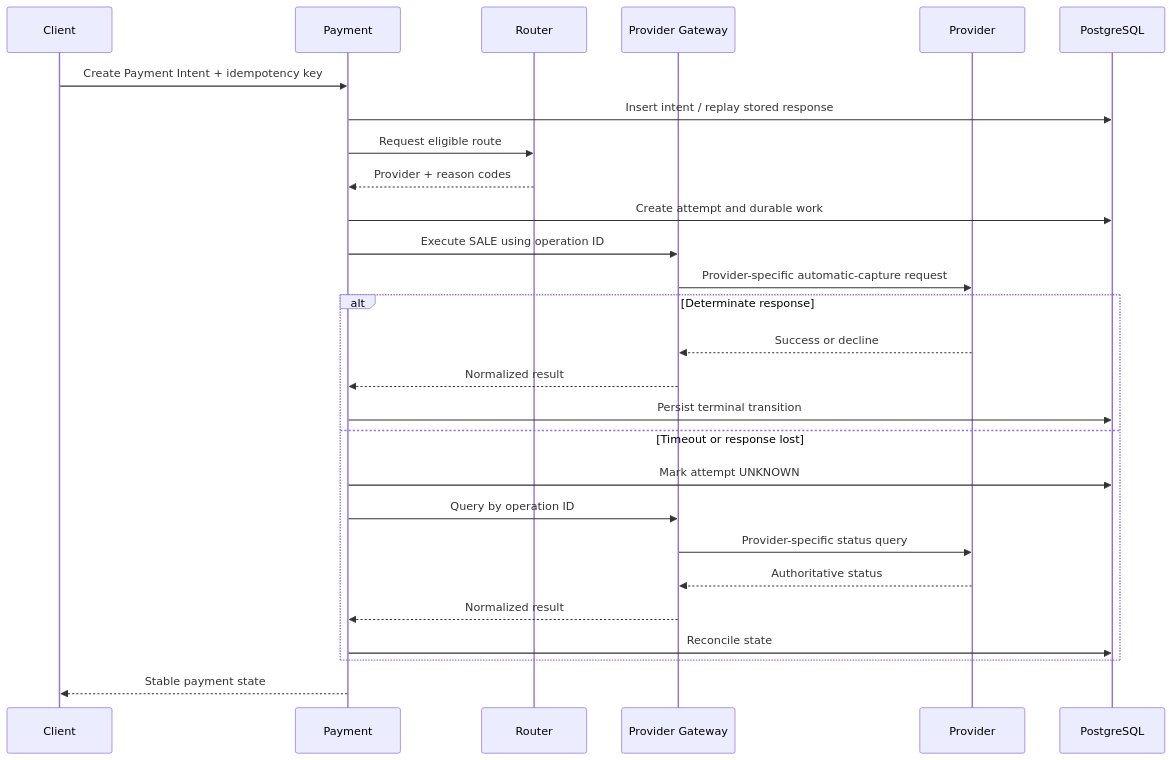
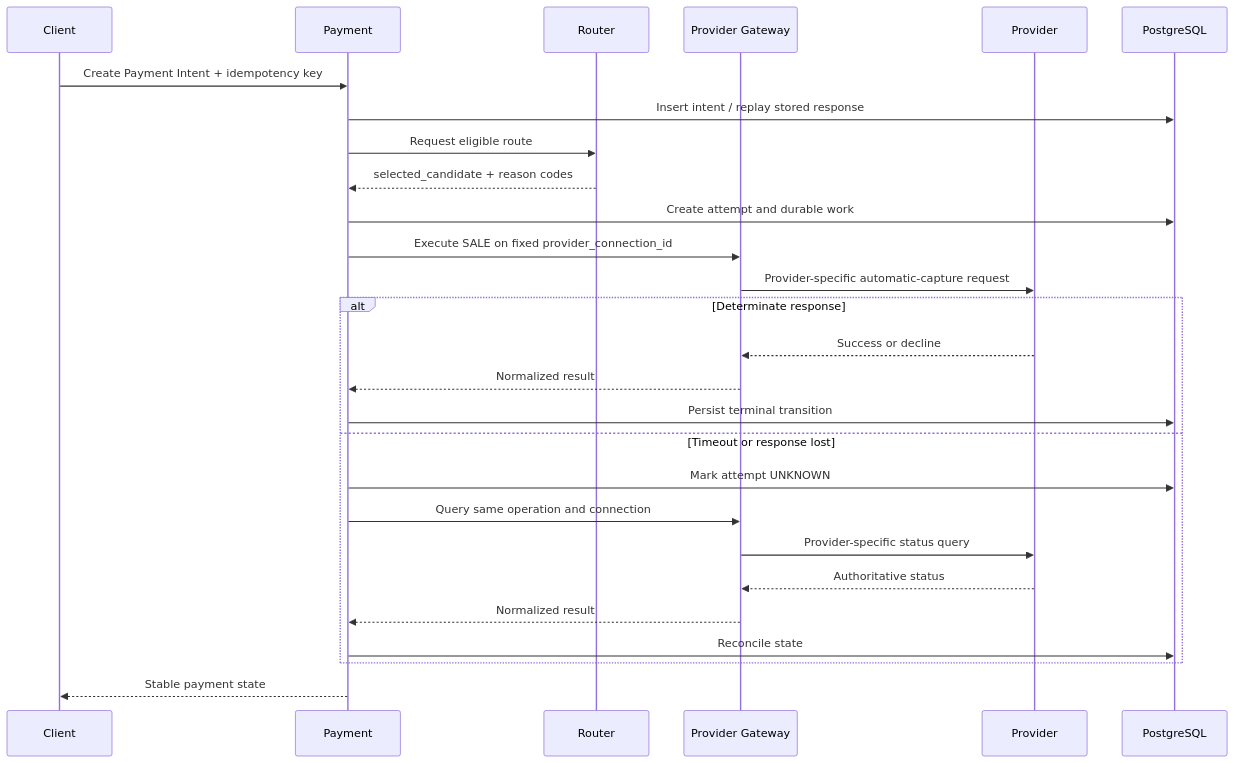
Before and after one commit to YouEclipse/payments: the second of 2 diagrams in docs/architecture.md, drawn with Mermaid. The commit also changed other lines of this file and 40 other files, not shown here.

````diff
--- a/docs/architecture.md
+++ b/docs/architecture.md
@@ -73,30 +75,30 @@
 ```mermaid
 sequenceDiagram
     participant C as Client
     participant P as Payment
     participant R as Router
     participant G as Provider Gateway
     participant X as Provider
     participant D as PostgreSQL
 
     C->>P: Create Payment Intent + idempotency key
     P->>D: Insert intent / replay stored response
     P->>R: Request eligible route
-    R-->>P: Provider + reason codes
+    R-->>P: selected_candidate + reason codes
     P->>D: Create attempt and durable work
-    P->>G: Execute SALE using operation ID
+    P->>G: Execute SALE on fixed provider_connection_id
     G->>X: Provider-specific automatic-capture request
     alt Determinate response
         X-->>G: Success or decline
         G-->>P: Normalized result
         P->>D: Persist terminal transition
     else Timeout or response lost
         P->>D: Mark attempt UNKNOWN
-        P->>G: Query by operation ID
+        P->>G: Query same operation and connection
         G->>X: Provider-specific status query
         X-->>G: Authoritative status
         G-->>P: Normalized result
         P->>D: Reconcile state
     end
     P-->>C: Stable payment state
 ```
````
